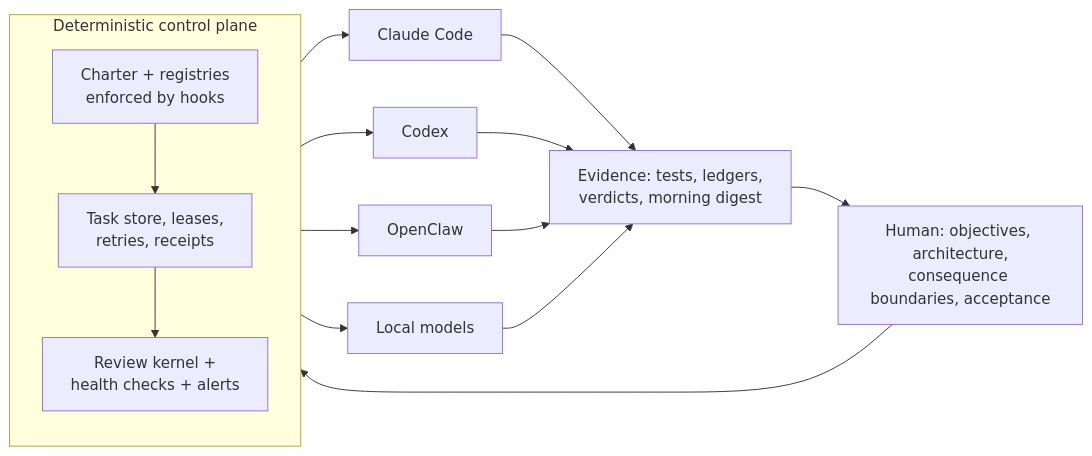
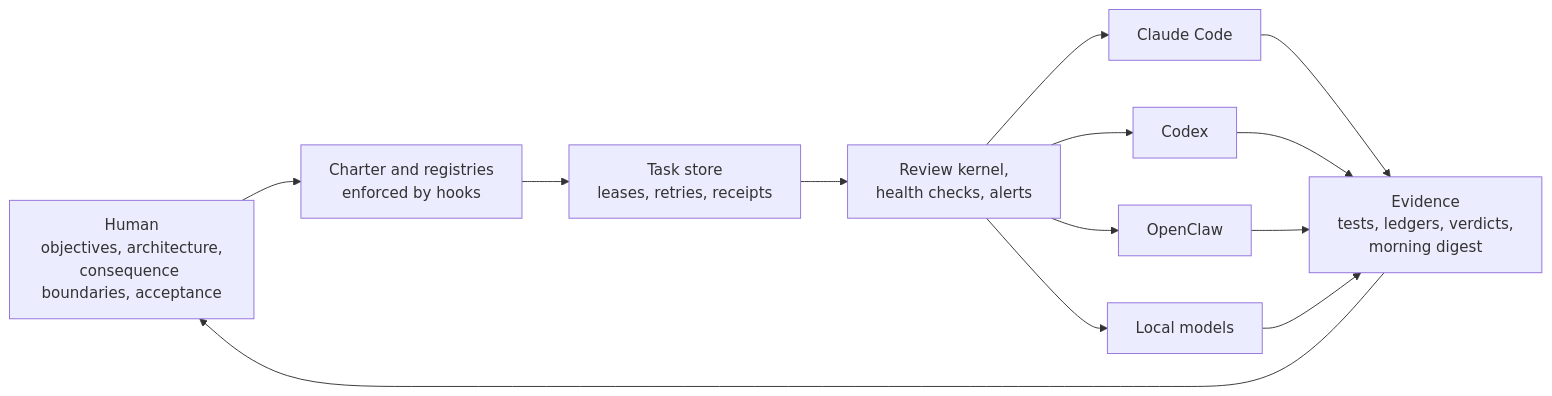
The diagram in diagrams/00-operating-model-overview.mmd (justinzealand/executive-ai-portfolio), drawn with Mermaid before and after one commit. The commit also changed 10 other files, not shown here.

Commit message:
Render-safe diagrams, gitignore, linguist attributes

```diff
--- a/diagrams/00-operating-model-overview.mmd
+++ b/diagrams/00-operating-model-overview.mmd
@@ -1,13 +1,13 @@
 flowchart LR
-  H[Human: objectives, architecture,<br/>consequence boundaries, acceptance] --> C
-  subgraph C[Deterministic control plane]
-    direction TB
-    R[Charter + registries<br/>enforced by hooks] --> Q[Task store, leases,<br/>retries, receipts]
-    Q --> V[Review kernel +<br/>health checks + alerts]
-  end
-  C --> A1[Claude Code]
-  C --> A2[Codex]
-  C --> A3[OpenClaw]
-  C --> A4[Local models]
-  A1 & A2 & A3 & A4 --> E[Evidence: tests, ledgers,<br/>verdicts, morning digest]
+  H["Human<br/>objectives, architecture,<br/>consequence boundaries, acceptance"] --> R
+  R["Charter and registries<br/>enforced by hooks"] --> Q["Task store<br/>leases, retries, receipts"]
+  Q --> V["Review kernel,<br/>health checks, alerts"]
+  V --> A1["Claude Code"]
+  V --> A2["Codex"]
+  V --> A3["OpenClaw"]
+  V --> A4["Local models"]
+  A1 --> E
+  A2 --> E
+  A3 --> E
+  A4 --> E["Evidence<br/>tests, ledgers, verdicts,<br/>morning digest"]
   E --> H
```
